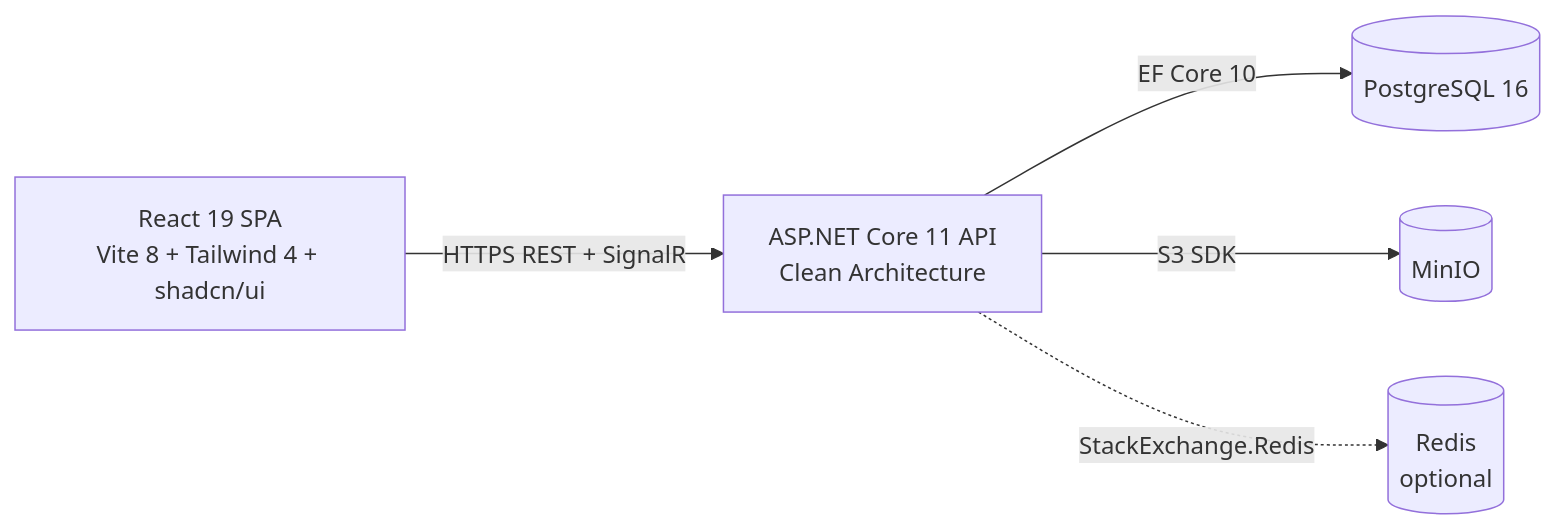
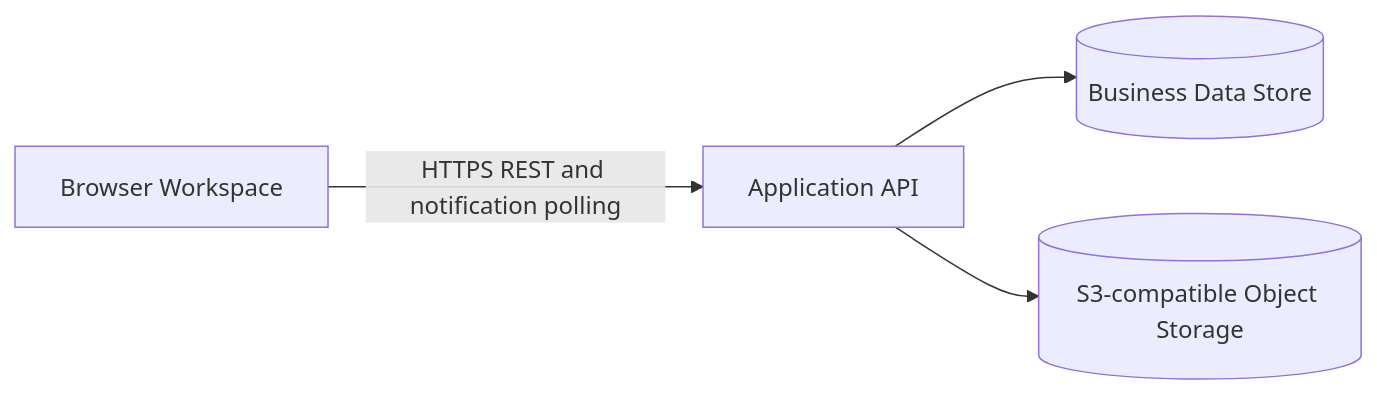
Before and after one commit to DEVSOURCE-DigiTalent/digitalent-ai: the second of 2 diagrams in docs/06_Kien_Truc_He_Thong.md, drawn with Mermaid. The commit also changed other lines of this file and 87 other files, not shown here.

````diff
--- a/docs/06_Kien_Truc_He_Thong.md
+++ b/docs/06_Kien_Truc_He_Thong.md
@@ -97,12 +93,10 @@
 ```mermaid
 flowchart LR
-  FE[React 19 SPA\nVite 8 + Tailwind 4 + shadcn/ui]
-  API[ASP.NET Core 11 API\nClean Architecture]
-  DB[(PostgreSQL 16)]
-  MINIO[(MinIO)]
-  REDIS[(Redis\noptional)]
-  FE -->|HTTPS REST + SignalR| API
-  API -->|EF Core 10| DB
-  API -->|S3 SDK| MINIO
-  API -.->|StackExchange.Redis| REDIS
+  FE[Browser Workspace]
+  API[Application API]
+  DB[(Business Data Store)]
+  OBJ[(S3-compatible Object Storage)]
+  FE -->|HTTPS REST and notification polling| API
+  API --> DB
+  API --> OBJ
 ```
````
